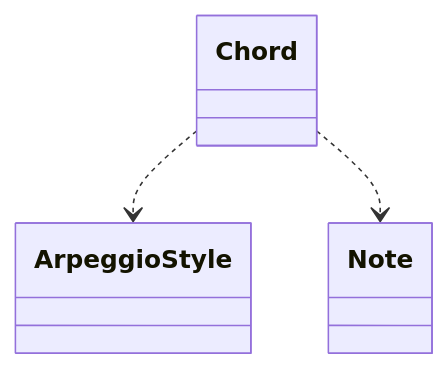
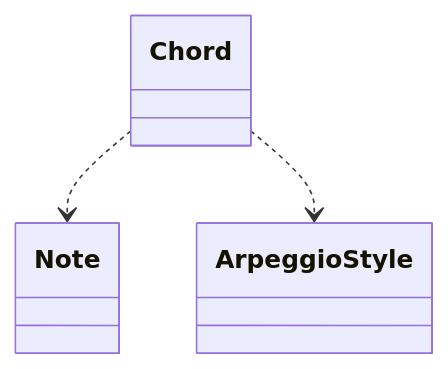
Diagram 20 of 39 in test/test.md (schnock-art/project_inspector), drawn with Mermaid before and after one commit. The commit also changed other lines of this file and 3 other files, not shown here.

````diff
--- a/test/test.md
+++ b/test/test.md
@@ -425,5 +425,5 @@
 ```mermaid
 classDiagram
+Chord ..> Note
 Chord ..> ArpeggioStyle
-Chord ..> Note
 ```
````
